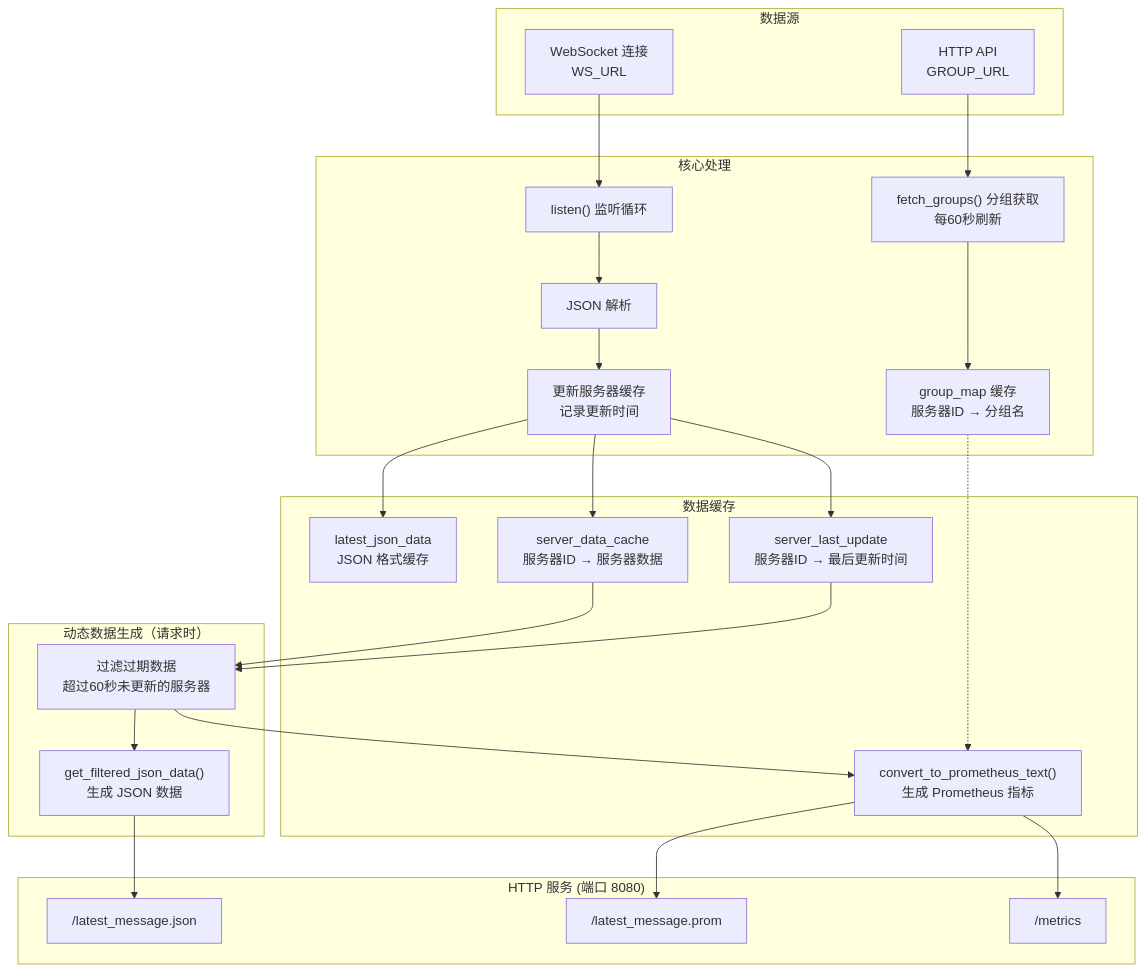
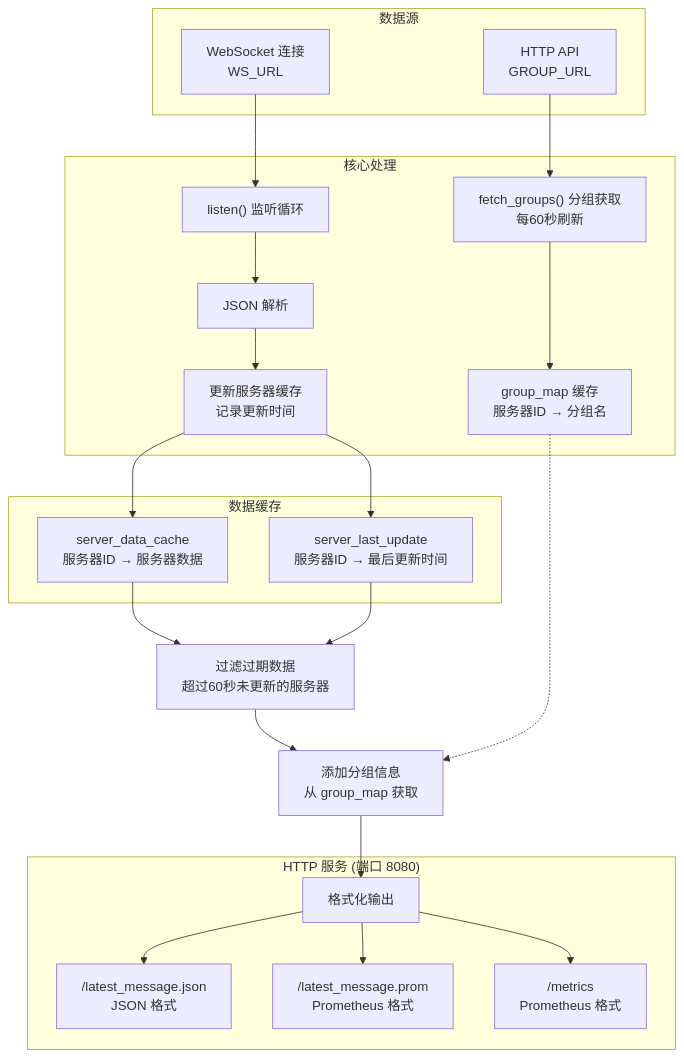
Before and after one commit to Moeyuuko/nezhaV1-exporter: the first of 6 diagrams in nezha-exporter.md, drawn with Mermaid. The commit also changed other lines of this file and 2 other files, not shown here.

Commit message:
更新 JSON 输出，添加服务器分组信息（`group` 字段）

````diff
--- a/nezha-exporter.md
+++ b/nezha-exporter.md
@@ -7,35 +7,32 @@
 ```mermaid
 flowchart TD
     subgraph 数据源
         WS["WebSocket 连接<br/>WS_URL"]
         API["HTTP API<br/>GROUP_URL"]
     end
     
     subgraph 核心处理
         WS --> LISTEN["listen() 监听循环"]
         API --> FETCH["fetch_groups() 分组获取<br/>每60秒刷新"]
         LISTEN --> PARSE["JSON 解析"]
         PARSE --> UPDATE["更新服务器缓存<br/>记录更新时间"]
         FETCH --> GMAP["group_map 缓存<br/>服务器ID → 分组名"]
     end
     
     subgraph 数据缓存 ["数据缓存"]
-        UPDATE --> JSON_CACHE["latest_json_data<br/>JSON 格式缓存"]
         UPDATE --> SERVER_CACHE["server_data_cache<br/>服务器ID → 服务器数据"]
         UPDATE --> TIME_CACHE["server_last_update<br/>服务器ID → 最后更新时间"]
-        GMAP -.-> PROM_GEN
     end
     
-    subgraph 动态生成 ["动态数据生成（请求时）"]
-        SERVER_CACHE --> FILTER["过滤过期数据<br/>超过60秒未更新的服务器"]
-        TIME_CACHE --> FILTER
-        FILTER --> JSON_GEN["get_filtered_json_data()<br/>生成 JSON 数据"]
-        FILTER --> PROM_GEN["convert_to_prometheus_text()<br/>生成 Prometheus 指标"]
-    end
+    SERVER_CACHE --> FILTER["过滤过期数据<br/>超过60秒未更新的服务器"]
+    TIME_CACHE --> FILTER
+    FILTER --> ADD_GROUP["添加分组信息<br/>从 group_map 获取"]
+    GMAP -.-> ADD_GROUP
+    ADD_GROUP --> OUTPUT["格式化输出"]
     
     subgraph HTTP服务 ["HTTP 服务 (端口 8080)"]
-        JSON_GEN --> EP1["/latest_message.json"]
-        PROM_GEN --> EP2["/latest_message.prom"]
-        PROM_GEN --> EP3["/metrics"]
+        OUTPUT --> EP1["/latest_message.json<br/>JSON 格式"]
+        OUTPUT --> EP2["/latest_message.prom<br/>Prometheus 格式"]
+        OUTPUT --> EP3["/metrics<br/>Prometheus 格式"]
     end
 ```
````
